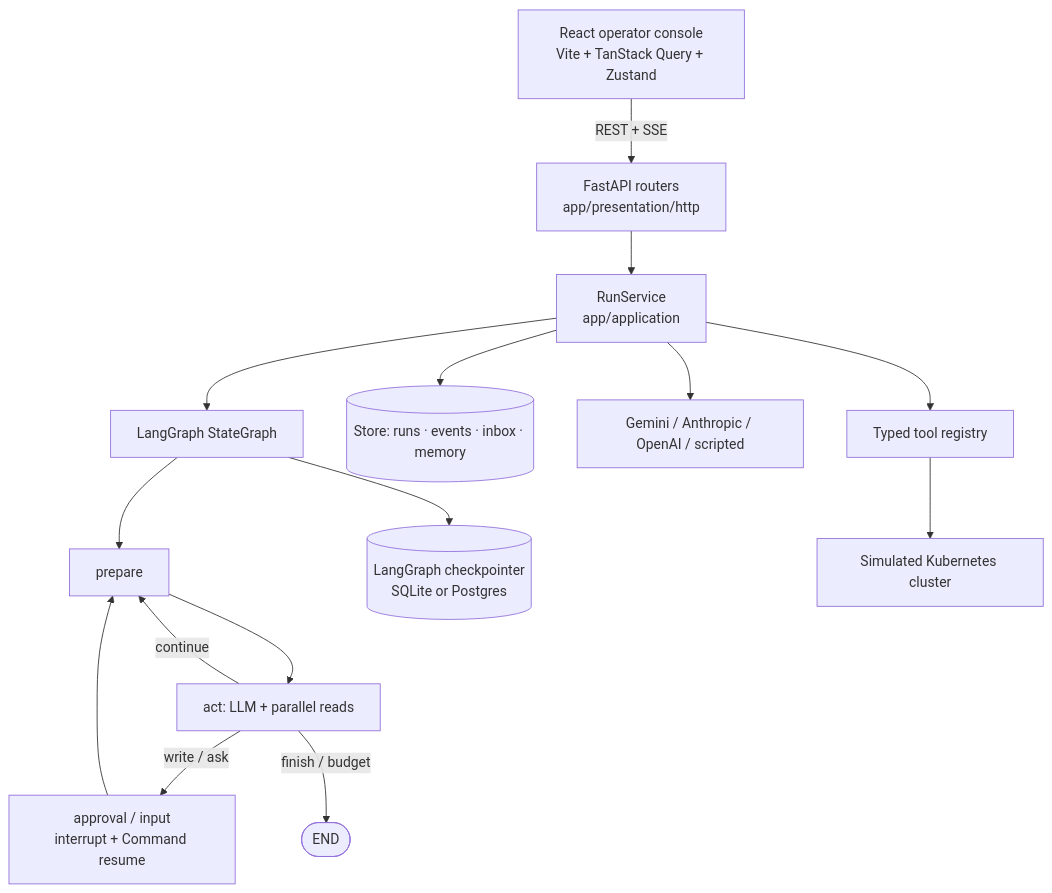
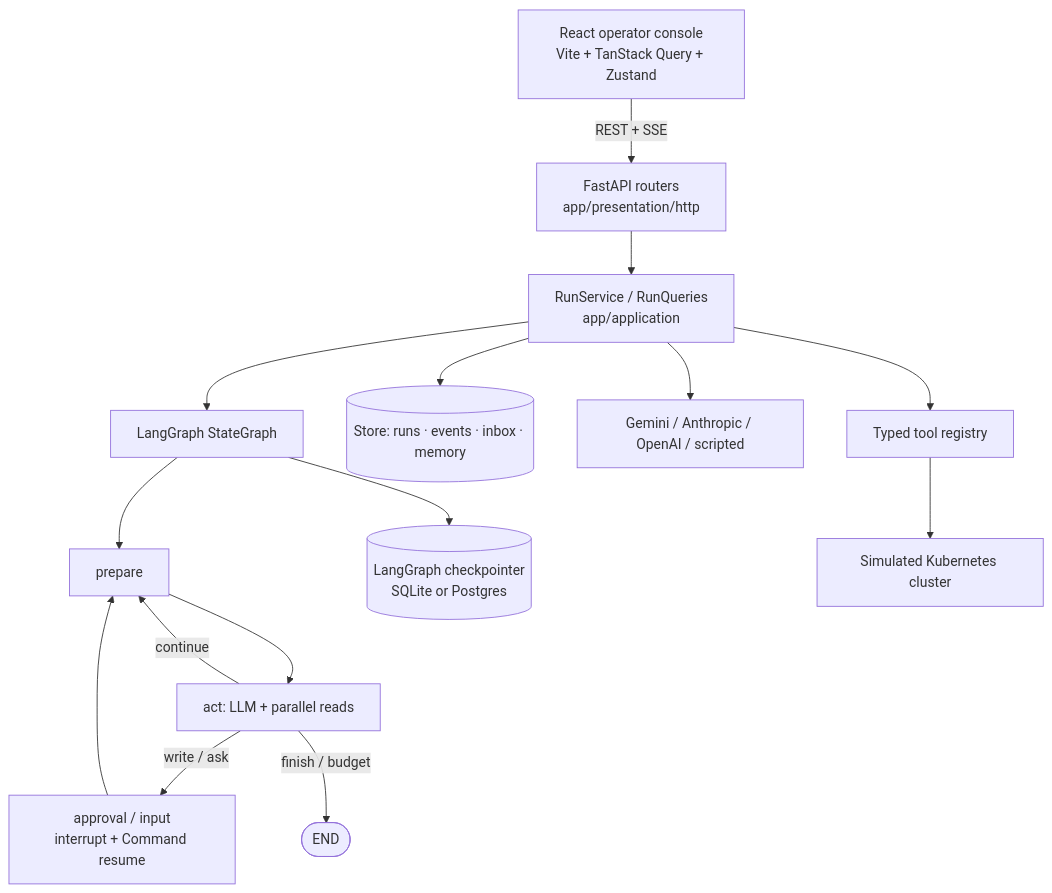
Before and after one commit to Zulfiqar7862/incident-triage-agent: the diagram in README.md, drawn with Mermaid. The commit also changed other lines of this file and 17 other files, not shown here.

````diff
--- a/README.md
+++ b/README.md
@@ -38,17 +38,17 @@
 ```mermaid
 flowchart TD
   UI[React operator console<br/>Vite + TanStack Query + Zustand] -->|REST + SSE| API[FastAPI routers<br/>app/presentation/http]
-  API --> RT[RunService<br/>app/application]
+  API --> RT[RunService / RunQueries<br/>app/application]
   RT --> LG[LangGraph StateGraph]
   LG --> P[prepare]
   P --> A[act: LLM + parallel reads]
   A -->|write / ask| G[approval / input<br/>interrupt + Command resume]
   A -->|continue| P
   G --> P
   A -->|finish / budget| END([END])
   LG --> CP[(LangGraph checkpointer<br/>SQLite or Postgres)]
   RT --> Store[(Store: runs · events · inbox · memory)]
   RT --> LLM[Gemini / Anthropic / OpenAI / scripted]
   RT --> Tools[Typed tool registry]
   Tools --> Sim[Simulated Kubernetes cluster]
 ```
````
